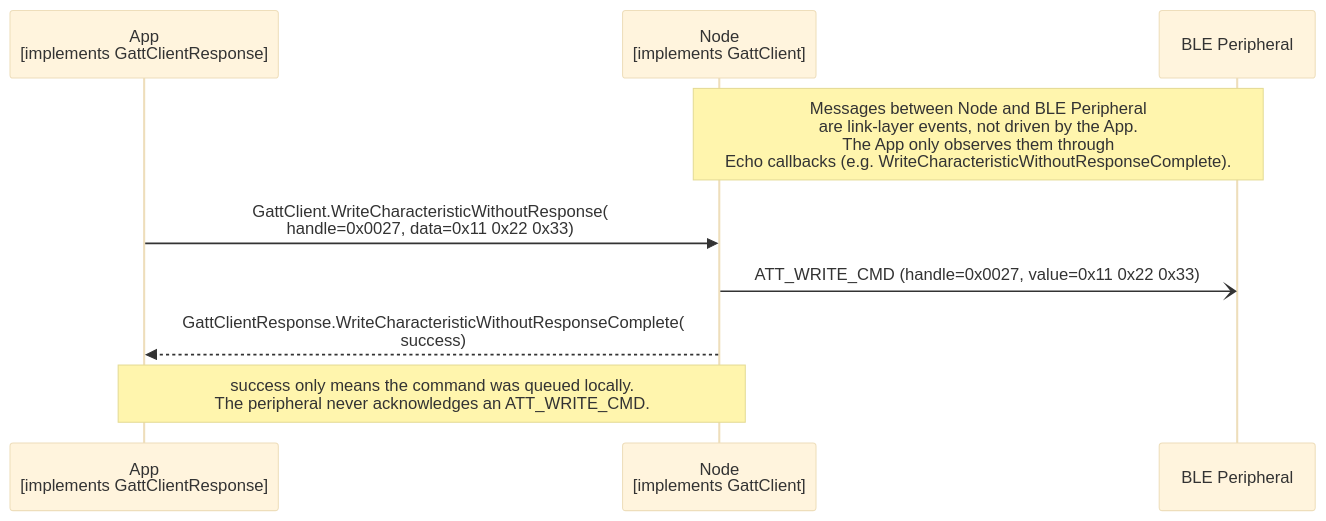
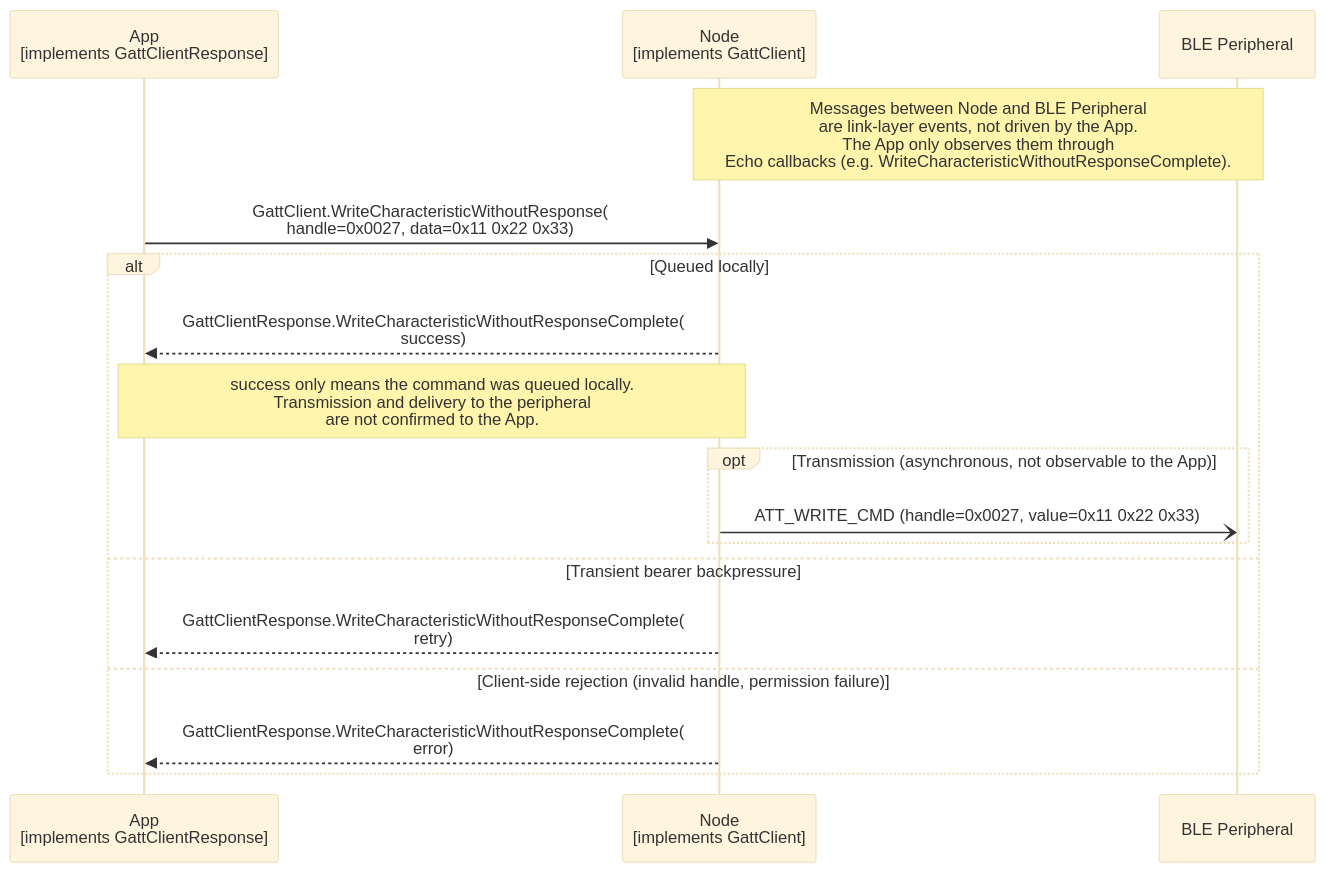
The diagram in documents/modules/ROOT/partials/echoservices/gatt_client/GattClient_WriteCharacteristicWithoutResponse_sequence.mmd (philips-software/amp-embedded-infra-lib), drawn with Mermaid (base theme) before and after one commit. The commit also changed 14 other files, not shown here.

```diff
--- a/documents/modules/ROOT/partials/echoservices/gatt_client/GattClient_WriteCharacteristicWithoutResponse_sequence.mmd
+++ b/documents/modules/ROOT/partials/echoservices/gatt_client/GattClient_WriteCharacteristicWithoutResponse_sequence.mmd
@@ -1,11 +1,20 @@
 sequenceDiagram
     participant App as App<br>[implements GattClientResponse]
     participant Node as Node<br>[implements GattClient]
     participant Peripheral as BLE Peripheral
 
     Note over Node, Peripheral: Messages between Node and BLE Peripheral<br>are link-layer events, not driven by the App.<br>The App only observes them through<br>Echo callbacks (e.g. WriteCharacteristicWithoutResponseComplete).
 
     App->>Node: GattClient.WriteCharacteristicWithoutResponse(<br>handle=0x0027, data=0x11 0x22 0x33)
-    Node-)Peripheral: ATT_WRITE_CMD (handle=0x0027, value=0x11 0x22 0x33)
-    Node-->>App: GattClientResponse.WriteCharacteristicWithoutResponseComplete(<br>success)
-    Note over App, Node: success only means the command was queued locally.<br>The peripheral never acknowledges an ATT_WRITE_CMD.
+
+    alt Queued locally
+        Node-->>App: GattClientResponse.WriteCharacteristicWithoutResponseComplete(<br>success)
+        Note over App, Node: success only means the command was queued locally.<br>Transmission and delivery to the peripheral<br>are not confirmed to the App.
+        opt Transmission (asynchronous, not observable to the App)
+            Node-)Peripheral: ATT_WRITE_CMD (handle=0x0027, value=0x11 0x22 0x33)
+        end
+    else Transient bearer backpressure
+        Node-->>App: GattClientResponse.WriteCharacteristicWithoutResponseComplete(<br>retry)
+    else Client-side rejection (invalid handle, permission failure)
+        Node-->>App: GattClientResponse.WriteCharacteristicWithoutResponseComplete(<br>error)
+    end
```
